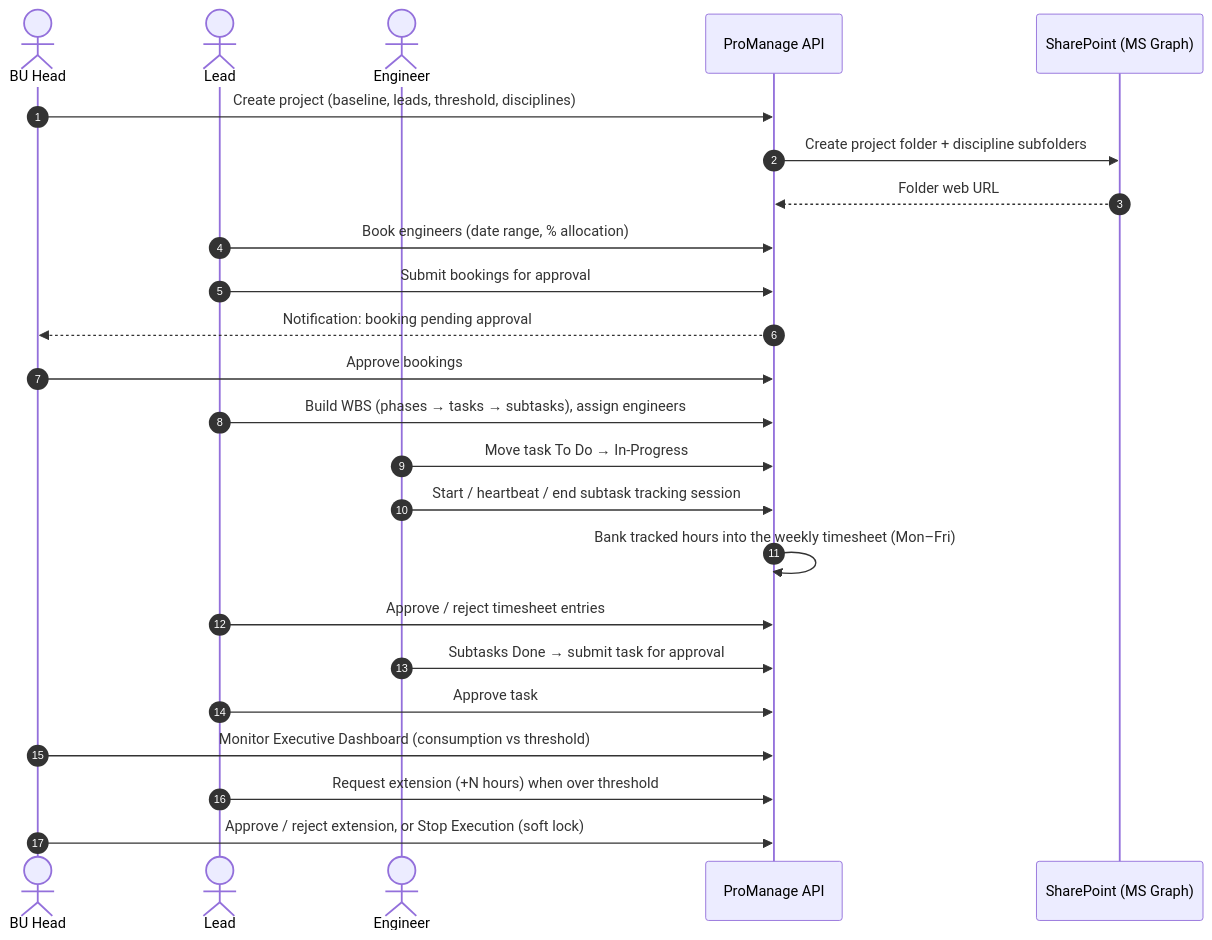
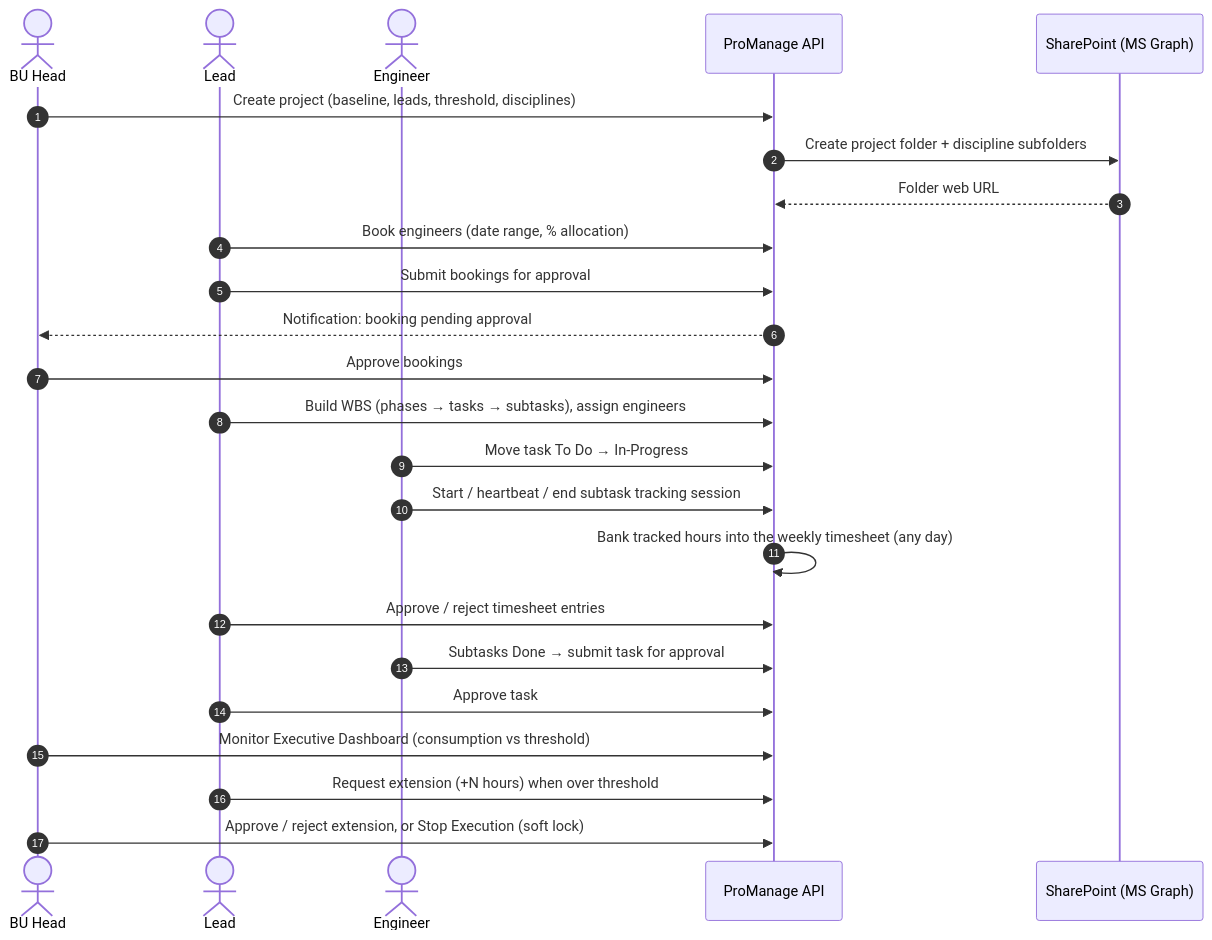
Before and after one commit to Mirageaecindia/MAEC_Proj-management_ONE_CORE_office-acc: the first of 4 diagrams in docs/PROJECT_GUIDE.md, drawn with Mermaid. The commit also changed other lines of this file and 8 other files, not shown here.

````diff
--- a/docs/PROJECT_GUIDE.md
+++ b/docs/PROJECT_GUIDE.md
@@ -61,27 +61,27 @@
 ```mermaid
 sequenceDiagram
     autonumber
     actor BU as BU Head
     actor L as Lead
     actor E as Engineer
     participant API as ProManage API
     participant SP as SharePoint (MS Graph)
 
     BU->>API: Create project (baseline, leads, threshold, disciplines)
     API->>SP: Create project folder + discipline subfolders
     SP-->>API: Folder web URL
     L->>API: Book engineers (date range, % allocation)
     L->>API: Submit bookings for approval
     API-->>BU: Notification: booking pending approval
     BU->>API: Approve bookings
     L->>API: Build WBS (phases → tasks → subtasks), assign engineers
     E->>API: Move task To Do → In-Progress
     E->>API: Start / heartbeat / end subtask tracking session
-    API->>API: Bank tracked hours into the weekly timesheet (Mon–Fri)
+    API->>API: Bank tracked hours into the weekly timesheet (any day)
     L->>API: Approve / reject timesheet entries
     E->>API: Subtasks Done → submit task for approval
     L->>API: Approve task
     BU->>API: Monitor Executive Dashboard (consumption vs threshold)
     L->>API: Request extension (+N hours) when over threshold
     BU->>API: Approve / reject extension, or Stop Execution (soft lock)
 ```
````
